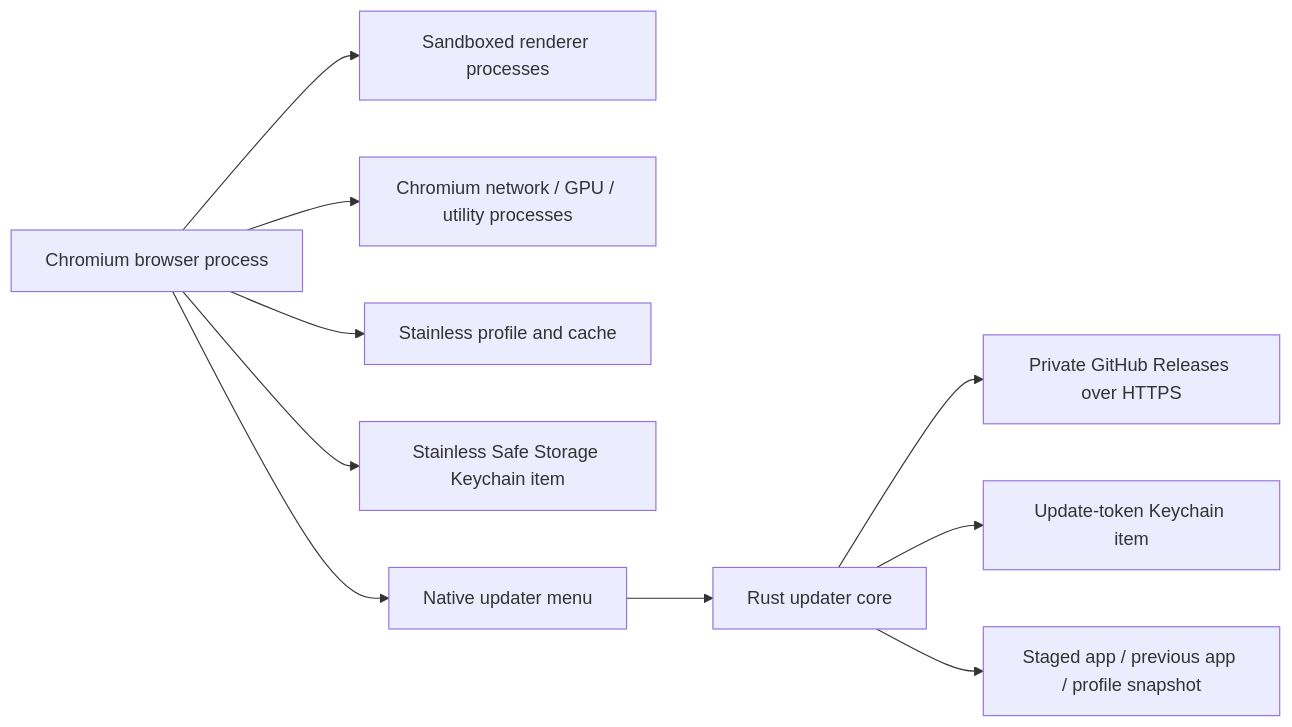
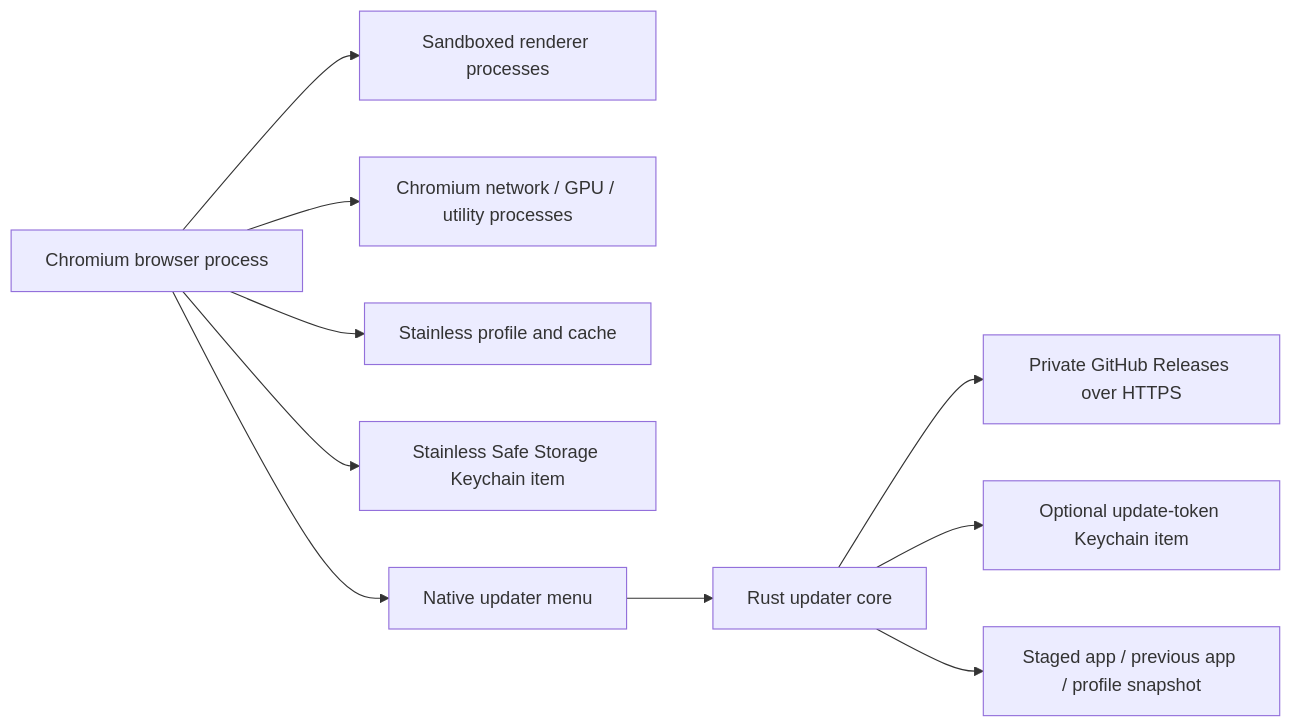
Before and after one commit to mbianchidev/stainless: the diagram in docs/phase-one.md, drawn with Mermaid. The commit also changed other lines of this file and 12 other files, not shown here.

````diff
--- a/docs/phase-one.md
+++ b/docs/phase-one.md
@@ -60,12 +61,12 @@
 ```mermaid
 flowchart LR
   UI["Chromium browser process"] --> R["Sandboxed renderer processes"]
   UI --> U["Chromium network / GPU / utility processes"]
   UI --> D["Stainless profile and cache"]
   UI --> K["Stainless Safe Storage Keychain item"]
   UI --> M["Native updater menu"]
   M --> C["Rust updater core"]
   C --> A["Private GitHub Releases over HTTPS"]
-  C --> T["Update-token Keychain item"]
+  C --> T["Optional update-token Keychain item"]
   C --> B["Staged app / previous app / profile snapshot"]
 ```
````
